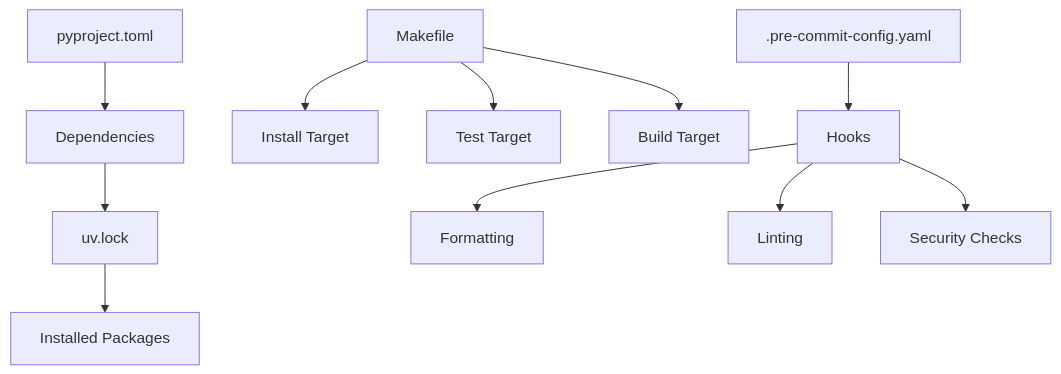
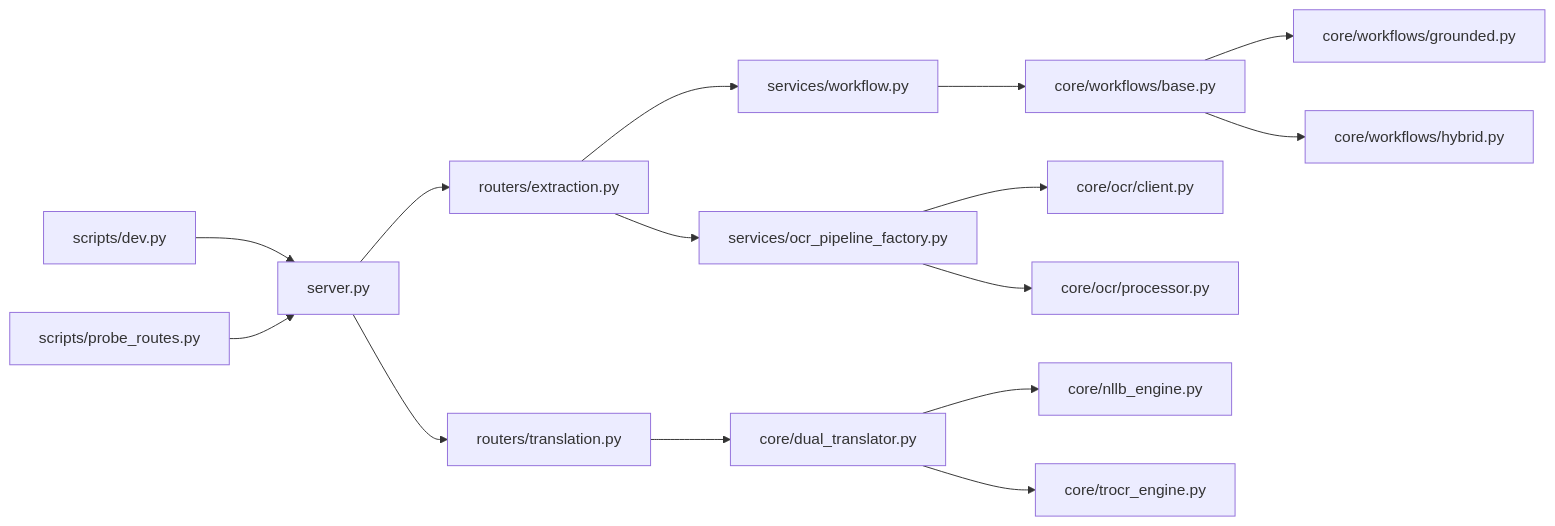
Before and after one commit to Sifr-r/LocalDeepL: the sixth of 6 diagrams in .qoder/repowiki/en/content/Developer Guide.md, drawn with Mermaid. The commit also changed other lines of this file and 191 other files, not shown here.

````diff
--- a/.qoder/repowiki/en/content/Developer Guide.md
+++ b/.qoder/repowiki/en/content/Developer Guide.md
@@ -250,13 +528,17 @@
 ```mermaid
-graph TB
-A["pyproject.toml"] --> B["Dependencies"]
-B --> C["uv.lock"]
-C --> D["Installed Packages"]
-E["Makefile"] --> F["Install Target"]
-E --> G["Test Target"]
-E --> H["Build Target"]
-I[".pre-commit-config.yaml"] --> J["Hooks"]
-J --> K["Formatting"]
-J --> L["Linting"]
-J --> M["Security Checks"]
+graph LR
+SRV["server.py"] --> REX["routers/extraction.py"]
+SRV --> RT["routers/translation.py"]
+REX --> SVCW["services/workflow.py"]
+REX --> SVCOCR["services/ocr_pipeline_factory.py"]
+RT --> DUAL["core/dual_translator.py"]
+SVCW --> WB["core/workflows/base.py"]
+WB --> WG["core/workflows/grounded.py"]
+WB --> WH["core/workflows/hybrid.py"]
+SVCOCR --> OCRC["core/ocr/client.py"]
+SVCOCR --> OCRP["core/ocr/processor.py"]
+DUAL --> NLLB["core/nllb_engine.py"]
+DUAL --> TROCR["core/trocr_engine.py"]
+DEV["scripts/dev.py"] --> SRV
+PROBE["scripts/probe_routes.py"] --> SRV
 ```
````
